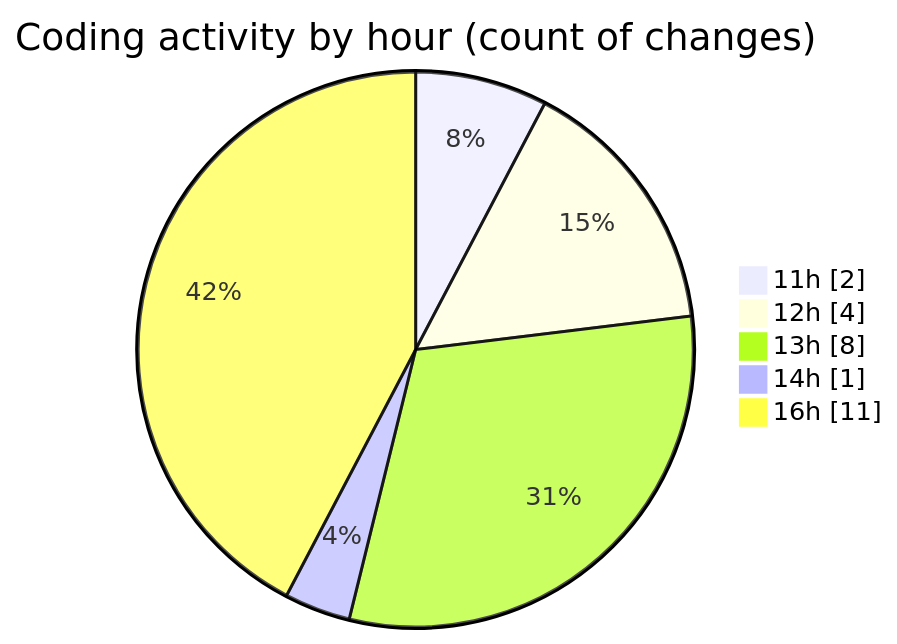
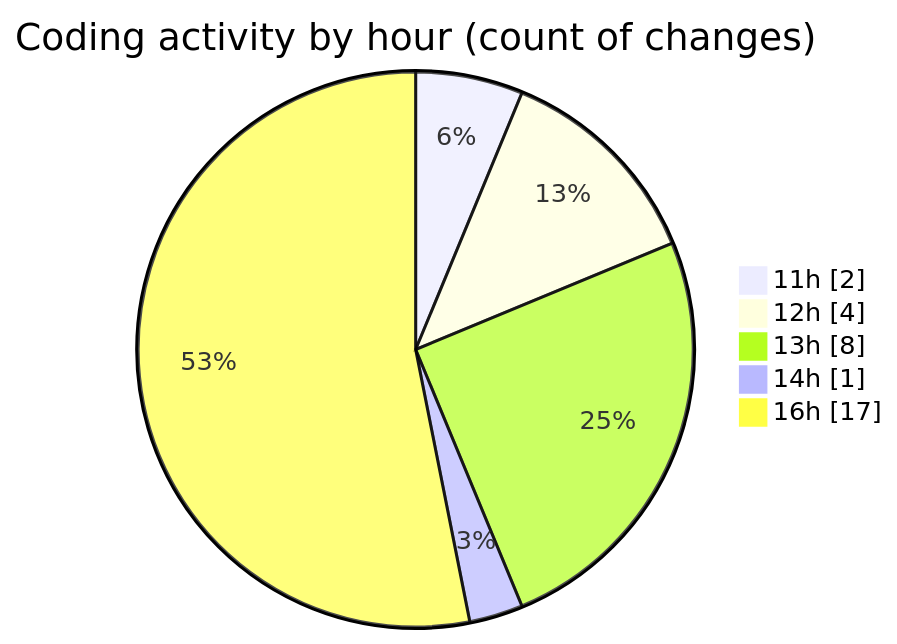
The second of 2 diagrams in 2026-01-30/nxtqube_webapp/README.md (nxtqubesakshisongat/code-tracking), drawn with Mermaid before and after one commit. The commit also changed other lines of this file and 1 other file, not shown here.

````diff
--- a/2026-01-30/nxtqube_webapp/README.md
+++ b/2026-01-30/nxtqube_webapp/README.md
@@ -32,9 +32,9 @@
 ```mermaid
 pie showData
 title Coding activity by hour (count of changes)
 "11h" : 2
 "12h" : 4
 "13h" : 8
 "14h" : 1
-"16h" : 11
+"16h" : 17
 ```
````
